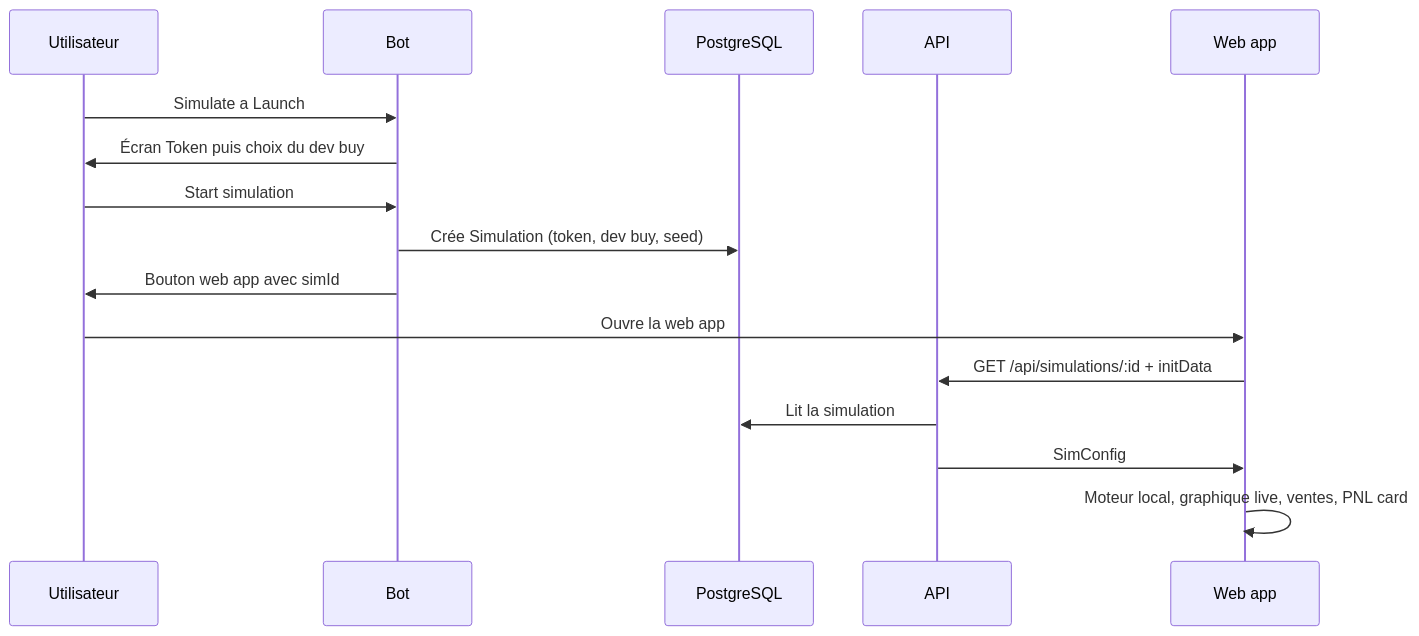
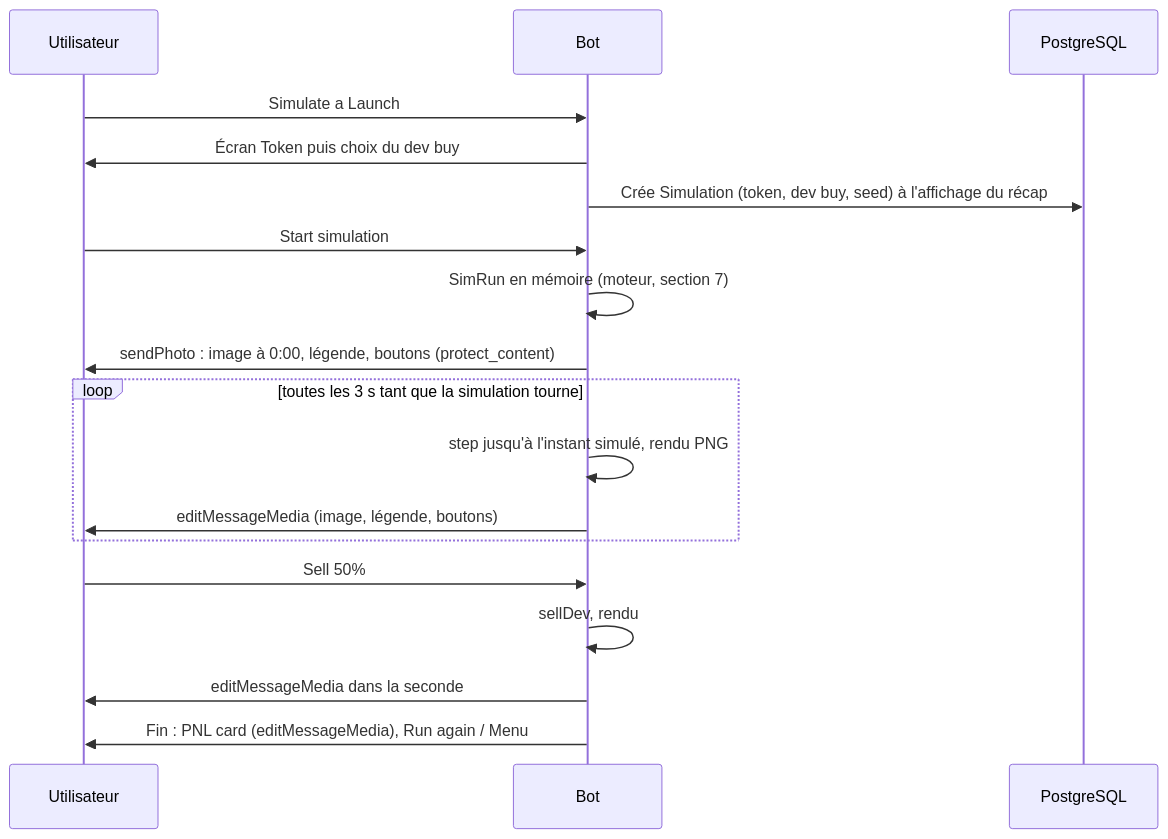
The diagram in context_bot.md (Tristan-stack/tm-bot), drawn with Mermaid before and after one commit. The commit also changed other lines of this file and 89 other files, not shown here.

First line of the commit message:
feat(sim): simulation in the chat, sim-render and Mini App cleanup (V1-24 to V1-26)

````diff
--- a/context_bot.md
+++ b/context_bot.md
@@ -355,18 +395,20 @@
 ```mermaid
 sequenceDiagram
     participant U as Utilisateur
     participant B as Bot
     participant D as PostgreSQL
-    participant A as API
-    participant W as Web app
     U->>B: Simulate a Launch
     B->>U: Écran Token puis choix du dev buy
+    B->>D: Crée Simulation (token, dev buy, seed) à l'affichage du récap
     U->>B: Start simulation
-    B->>D: Crée Simulation (token, dev buy, seed)
-    B->>U: Bouton web app avec simId
-    U->>W: Ouvre la web app
-    W->>A: GET /api/simulations/:id + initData
-    A->>D: Lit la simulation
-    A->>W: SimConfig
-    W->>W: Moteur local, graphique live, ventes, PNL card
+    B->>B: SimRun en mémoire (moteur, section 7)
+    B->>U: sendPhoto : image à 0:00, légende, boutons (protect_content)
+    loop toutes les 3 s tant que la simulation tourne
+        B->>B: step jusqu'à l'instant simulé, rendu PNG
+        B->>U: editMessageMedia (image, légende, boutons)
+    end
+    U->>B: Sell 50%
+    B->>B: sellDev, rendu
+    B->>U: editMessageMedia dans la seconde
+    B->>U: Fin : PNL card (editMessageMedia), Run again / Menu
 ```
````
